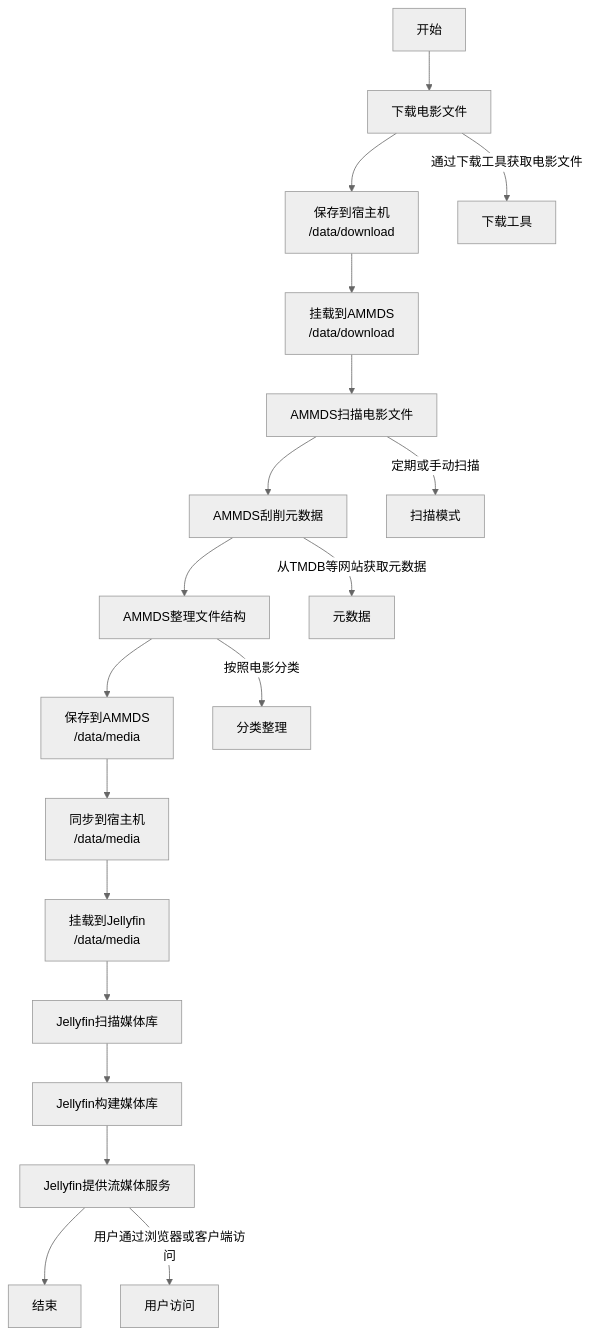
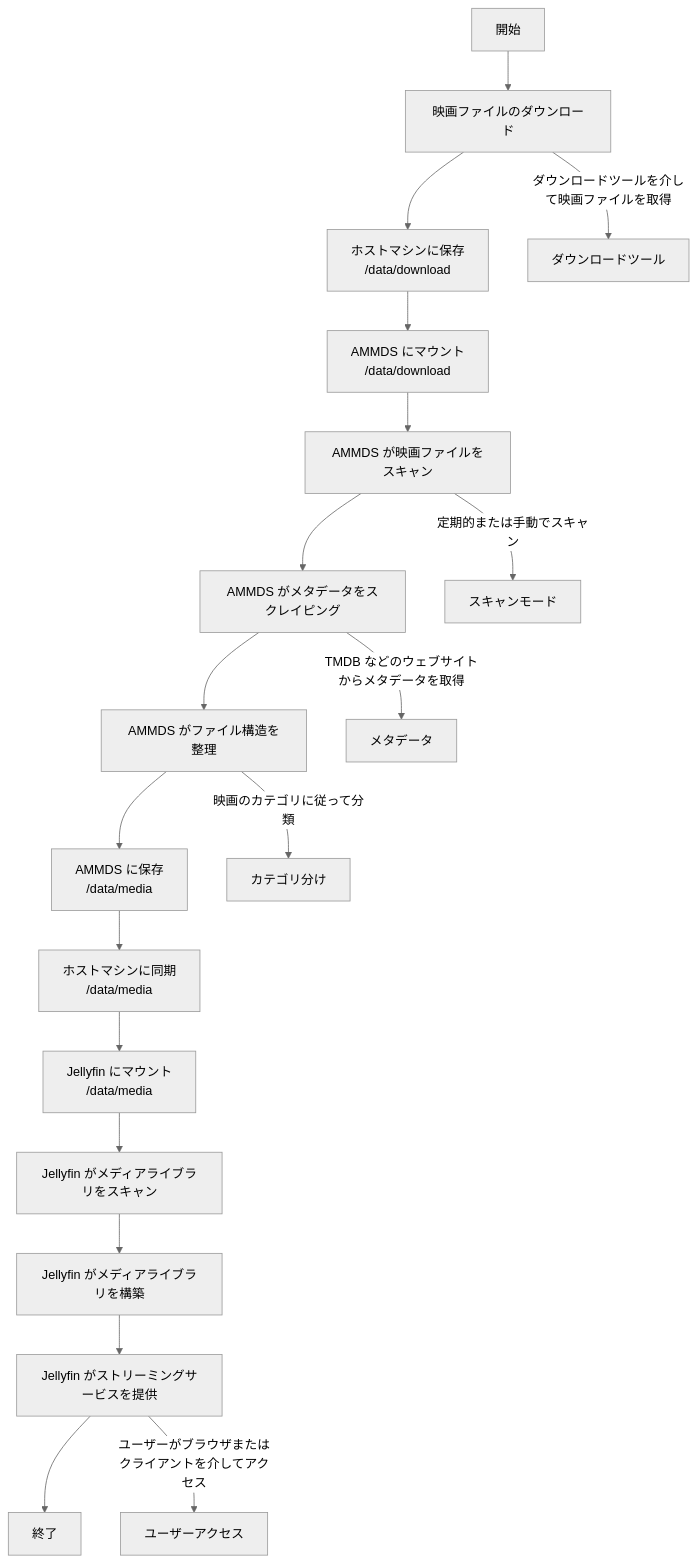
One commit to QYG2297248353/AMMDS-DOC changed the fourth of 5 diagrams in i18n/ja/docusaurus-plugin-content-docs/current/usage/Mount.md. Above: the diagram before and after it, drawn with Mermaid (neutral theme). The commit also changed other lines of this file and 23 other files, not shown here.

````diff
--- a/i18n/ja/docusaurus-plugin-content-docs/current/usage/Mount.md
+++ b/i18n/ja/docusaurus-plugin-content-docs/current/usage/Mount.md
@@ -166,34 +166,34 @@
 ```mermaid
 flowchart TD
-    %% 开始
-    START["开始"] --> DOWNLOAD["下载电影文件"]
+    %% 開始
+    START["開始"] --> DOWNLOAD["映画ファイルのダウンロード"]
     
-    %% 下载阶段
-    DOWNLOAD --> SAVE_RAW["保存到宿主机<br/>/data/download"]
+    %% ダウンロードフェーズ
+    DOWNLOAD --> SAVE_RAW["ホストマシンに保存<br/>/data/download"]
     
-    %% AMMDS处理阶段
-    SAVE_RAW --> MOUNT_TO_AMMDS["挂载到AMMDS<br/>/data/download"]
-    MOUNT_TO_AMMDS --> SCAN["AMMDS扫描电影文件"]
-    SCAN --> SCRAPE["AMMDS刮削元数据"]
-    SCRAPE --> ORGANIZE["AMMDS整理文件结构"]
-    ORGANIZE --> SAVE_PROCESSED["保存到AMMDS<br/>/data/media"]
+    %% AMMDS 処理フェーズ
+    SAVE_RAW --> MOUNT_TO_AMMDS["AMMDS にマウント<br/>/data/download"]
+    MOUNT_TO_AMMDS --> SCAN["AMMDS が映画ファイルをスキャン"]
+    SCAN --> SCRAPE["AMMDS がメタデータをスクレイピング"]
+    SCRAPE --> ORGANIZE["AMMDS がファイル構造を整理"]
+    ORGANIZE --> SAVE_PROCESSED["AMMDS に保存<br/>/data/media"]
     
-    %% 宿主机同步阶段
-    SAVE_PROCESSED --> SYNC_TO_HOST["同步到宿主机<br/>/data/media"]
+    %% ホストマシン同期フェーズ
+    SAVE_PROCESSED --> SYNC_TO_HOST["ホストマシンに同期<br/>/data/media"]
     
-    %% Jellyfin处理阶段
-    SYNC_TO_HOST --> MOUNT_TO_JELLYFIN["挂载到Jellyfin<br/>/data/media"]
-    MOUNT_TO_JELLYFIN --> JELLYFIN_SCAN["Jellyfin扫描媒体库"]
-    JELLYFIN_SCAN --> BUILD_LIBRARY["Jellyfin构建媒体库"]
-    BUILD_LIBRARY --> PROVIDE_STREAM["Jellyfin提供流媒体服务"]
+    %% Jellyfin 処理フェーズ
+    SYNC_TO_HOST --> MOUNT_TO_JELLYFIN["Jellyfin にマウント<br/>/data/media"]
+    MOUNT_TO_JELLYFIN --> JELLYFIN_SCAN["Jellyfin がメディアライブラリをスキャン"]
+    JELLYFIN_SCAN --> BUILD_LIBRARY["Jellyfin がメディアライブラリを構築"]
+    BUILD_LIBRARY --> PROVIDE_STREAM["Jellyfin がストリーミングサービスを提供"]
     
-    %% 结束
-    PROVIDE_STREAM --> END["结束"]
+    %% 終了
+    PROVIDE_STREAM --> END["終了"]
     
-    %% 流程说明
-    DOWNLOAD -->|"通过下载工具获取电影文件"| DOWNLOAD_TOOL["下载工具"]
-    SCAN -->|"定期或手动扫描"| SCAN_MODE["扫描模式"]
-    SCRAPE -->|"从TMDB等网站获取元数据"| METADATA["元数据"]
-    ORGANIZE -->|"按照电影分类"| CATEGORIZE["分类整理"]
-    PROVIDE_STREAM -->|"用户通过浏览器或客户端访问"| USER_ACCESS["用户访问"]
+    %% プロセスの説明
+    DOWNLOAD -->|"ダウンロードツールを介して映画ファイルを取得"| DOWNLOAD_TOOL["ダウンロードツール"]
+    SCAN -->|"定期的または手動でスキャン"| SCAN_MODE["スキャンモード"]
+    SCRAPE -->|"TMDB などのウェブサイトからメタデータを取得"| METADATA["メタデータ"]
+    ORGANIZE -->|"映画のカテゴリに従って分類"| CATEGORIZE["カテゴリ分け"]
+    PROVIDE_STREAM -->|"ユーザーがブラウザまたはクライアントを介してアクセス"| USER_ACCESS["ユーザーアクセス"]
 ```
````
